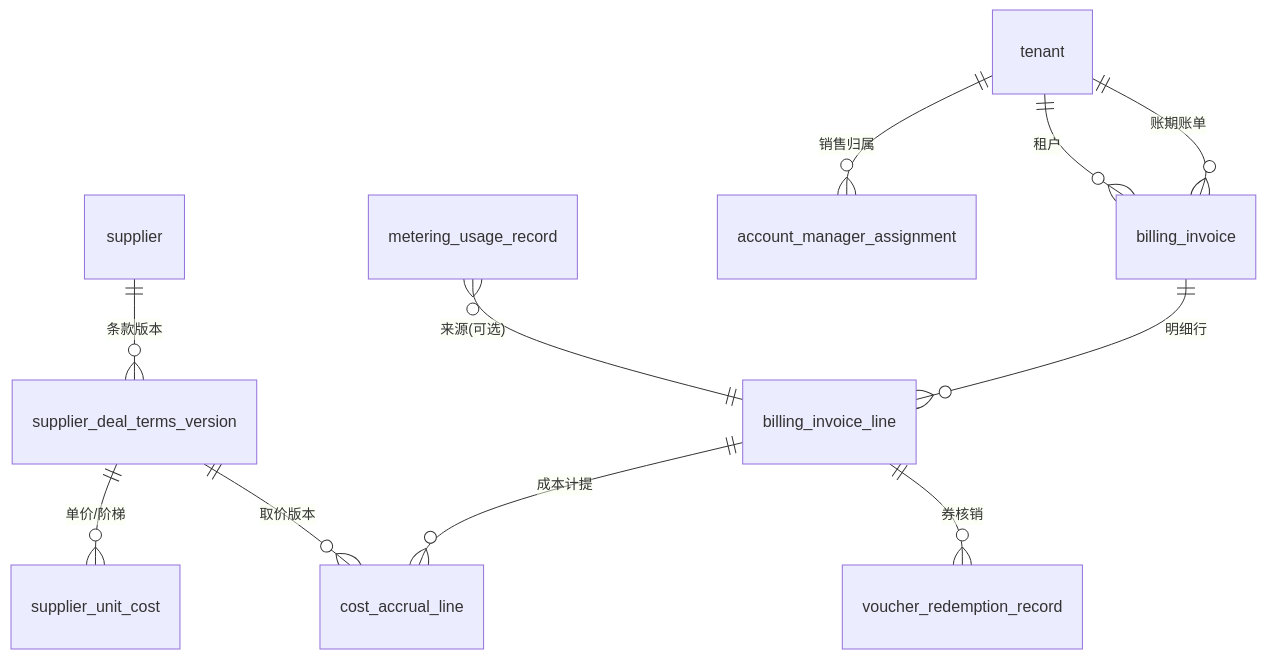
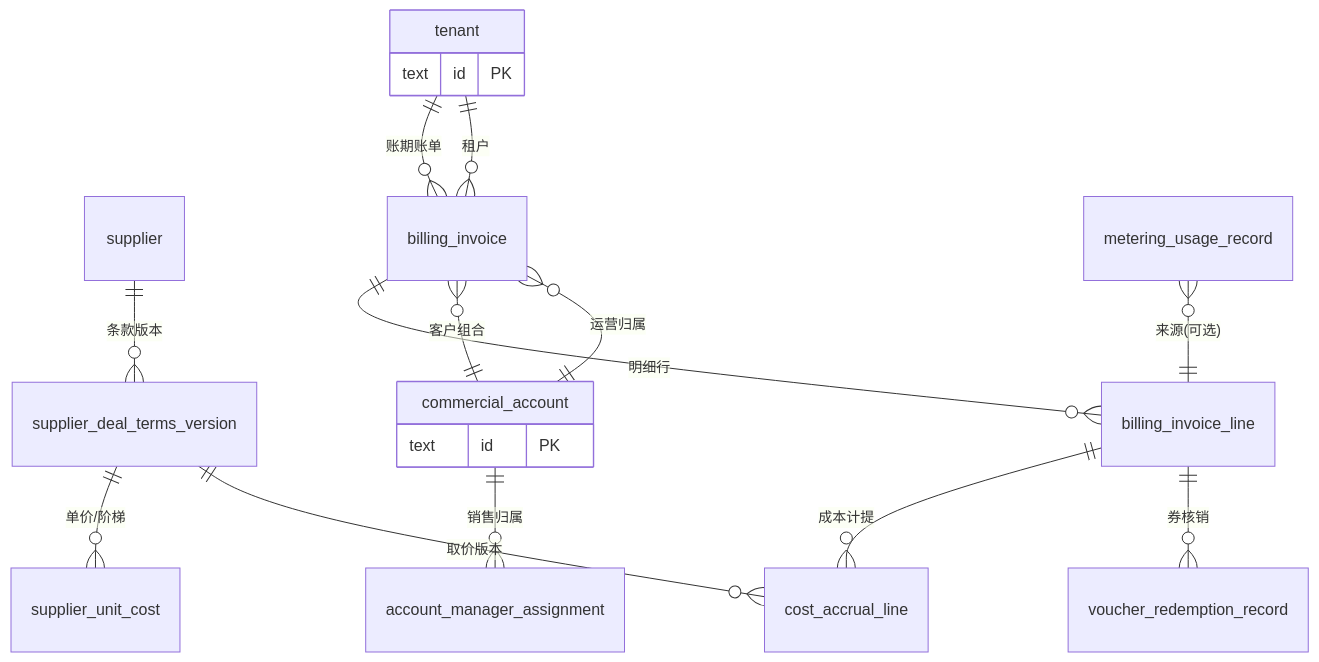
One commit to metacode0602/opencomfy-hub changed the diagram in apps/docs/content/design/billing-finance-costing-reports.md. Above: the diagram before and after it, drawn with Mermaid. The commit also changed other lines of this file and 45 other files, not shown here.

````diff
--- a/apps/docs/content/design/billing-finance-costing-reports.md
+++ b/apps/docs/content/design/billing-finance-costing-reports.md
@@ -273,17 +275,27 @@
 ```mermaid
 erDiagram
   supplier ||--o{ supplier_deal_terms_version : "条款版本"
   supplier_deal_terms_version ||--o{ supplier_unit_cost : "单价/阶梯"
 
   tenant ||--o{ billing_invoice : "账期账单"
-  tenant ||--o{ account_manager_assignment : "销售归属"
+  commercial_account ||--o{ billing_invoice : "运营归属"
+  commercial_account ||--o{ account_manager_assignment : "销售归属"
   billing_invoice ||--o{ billing_invoice_line : "明细行"
   billing_invoice_line ||--o{ cost_accrual_line : "成本计提"
   supplier_deal_terms_version ||--o{ cost_accrual_line : "取价版本"
 
   billing_invoice_line ||--o{ voucher_redemption_record : "券核销"
 
   billing_invoice }o--|| tenant : "租户"
+  billing_invoice }o--|| commercial_account : "客户组合"
+
+  tenant {
+    text id PK
+  }
+
+  commercial_account {
+    text id PK
+  }
 
   metering_usage_record }o--|| billing_invoice_line : "来源(可选)"
 ```
````
